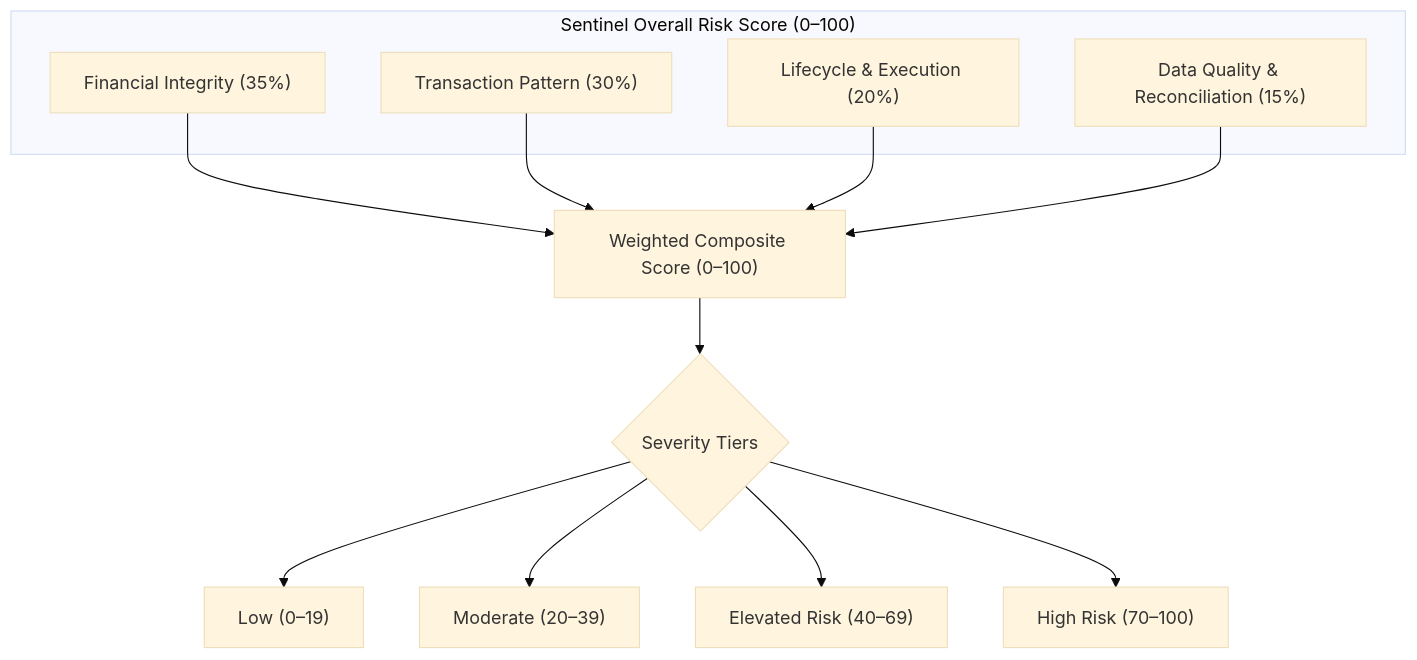
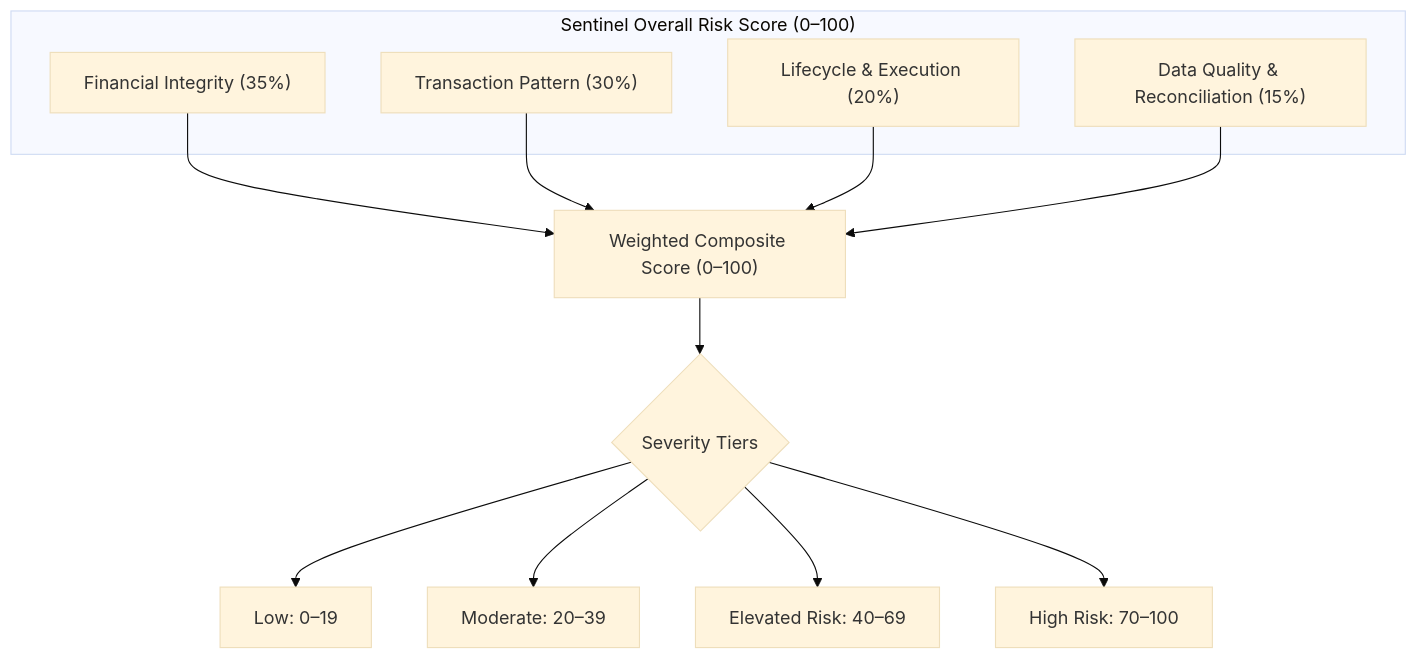
One commit to nayanj616/SIH_dataset changed the diagram in SENTINEL_RISK_SCORE_V1.md. Above: the diagram before and after it, drawn with Mermaid (base theme). The commit also changed other lines of this file and 5 other files, not shown here.

````diff
--- a/SENTINEL_RISK_SCORE_V1.md
+++ b/SENTINEL_RISK_SCORE_V1.md
@@ -25,18 +29,18 @@
 ```mermaid
 graph TD
     subgraph Sentinel_Risk_Score_v1 ["Sentinel Overall Risk Score (0–100)"]
         D1["Financial Integrity (35%)"]
         D2["Transaction Pattern (30%)"]
         D3["Lifecycle & Execution (20%)"]
         D4["Data Quality & Reconciliation (15%)"]
     end
     D1 --> Score["Weighted Composite Score (0–100)"]
     D2 --> Score
     D3 --> Score
     D4 --> Score
     Score --> Levels{"Severity Tiers"}
-    Levels --> L1["Low (0–19)"]
-    Levels --> L2["Moderate (20–39)"]
-    Levels --> L3["Elevated Risk (40–69)"]
-    Levels --> L4["High Risk (70–100)"]
+    Levels --> L1["Low: 0–19"]
+    Levels --> L2["Moderate: 20–39"]
+    Levels --> L3["Elevated Risk: 40–69"]
+    Levels --> L4["High Risk: 70–100"]
 ```
````
